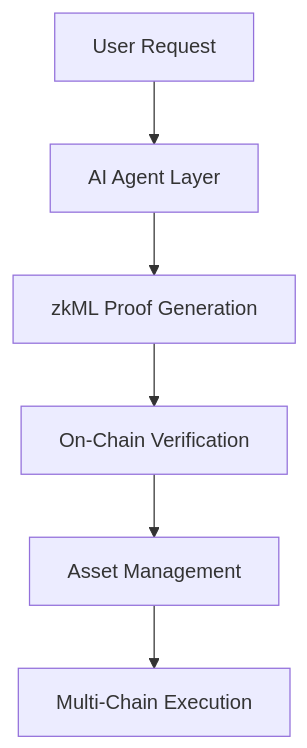
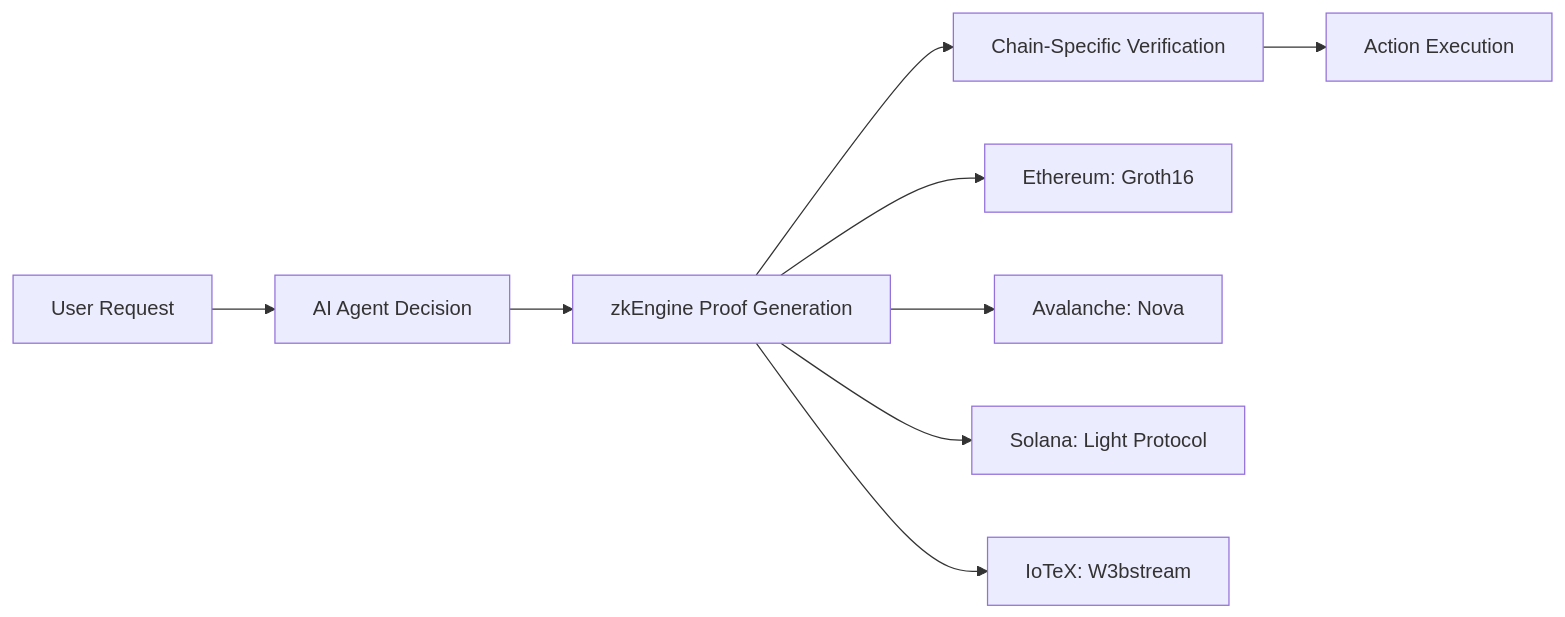
Before and after one commit to hshadab/agentkit: the diagram in README.md, drawn with Mermaid. The commit also changed other lines of this file and 52 other files, not shown here.

````diff
--- a/README.md
+++ b/README.md
@@ -52,8 +106,12 @@
 ```mermaid
-graph TD
-    A[User Request] --> B[AI Agent Layer]
-    B --> C[zkML Proof Generation]
-    C --> D[On-Chain Verification]
-    D --> E[Asset Management]
-    E --> F[Multi-Chain Execution]
+graph LR
+    A[User Request] --> B[AI Agent Decision]
+    B --> C[zkEngine Proof Generation]
+    C --> D[Chain-Specific Verification]
+    D --> E[Action Execution]
+    
+    C --> F[Ethereum: Groth16]
+    C --> G[Avalanche: Nova]
+    C --> H[Solana: Light Protocol]
+    C --> I[IoTeX: W3bstream]
 ```
````
